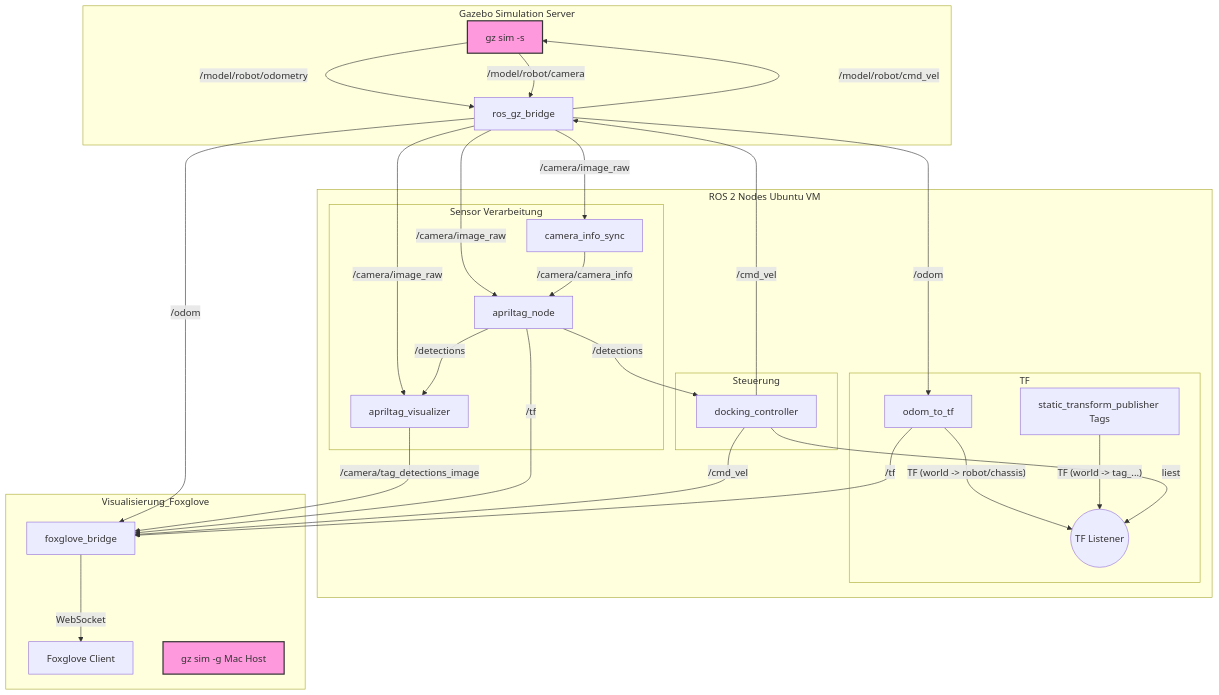
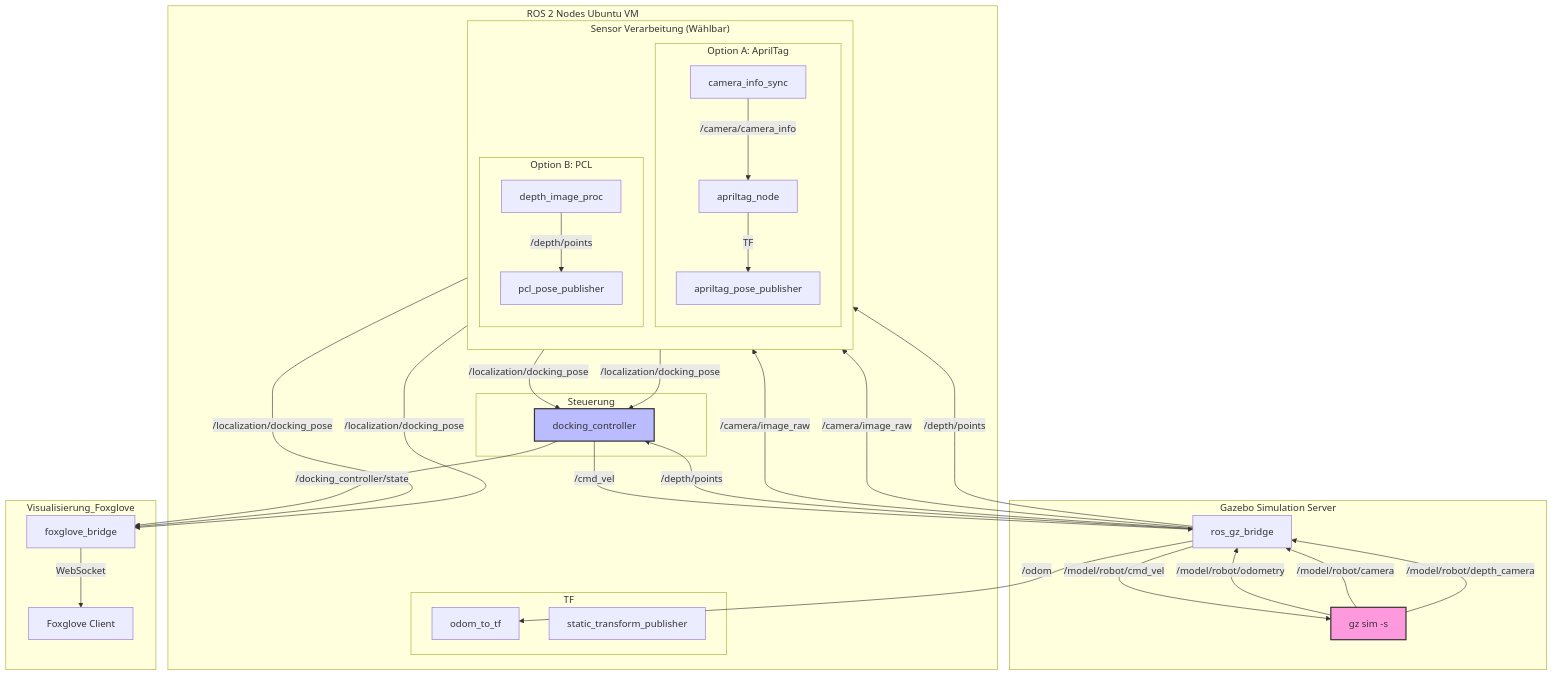
One commit to dafiiit/MIRMI_simulation changed the diagram in documentation/README.md. Above: the diagram before and after it, drawn with Mermaid. The commit also changed other lines of this file and 3 other files, not shown here.

````diff
--- a/documentation/README.md
+++ b/documentation/README.md
@@ -13,61 +17,67 @@
 ```mermaid
 graph TD
     subgraph Gazebo Simulation Server
         gz_sim[gz sim -s]
         gz_sim -- /model/robot/odometry --> gz_bridge
         gz_sim -- /model/robot/camera --> gz_bridge
+        gz_sim -- /model/robot/depth_camera --> gz_bridge
         gz_bridge -- /model/robot/cmd_vel --> gz_sim
     end
 
     subgraph ROS 2 Nodes Ubuntu VM
         gz_bridge[ros_gz_bridge]
         
         subgraph TF
             odom_tf[odom_to_tf]
-            static_tfs[static_transform_publisher Tags]
-            tf_listener((TF Listener))
+            static_tfs[static_transform_publisher]
         end
 
-        subgraph Sensor Verarbeitung
-            cam_sync[camera_info_sync]
-            apriltag[apriltag_node]
-            visualizer[apriltag_visualizer]
+        subgraph "Sensor Verarbeitung (Wählbar)"
+            direction TB
+            
+            subgraph "Option A: AprilTag"
+                cam_sync[camera_info_sync]
+                apriltag[apriltag_node]
+                at_adapter[apriltag_pose_publisher]
+            end
+            
+            subgraph "Option B: PCL"
+                depth_proc[depth_image_proc]
+                pcl_adapter[pcl_pose_publisher]
+            end
         end
 
         subgraph Steuerung
             controller[docking_controller]
         end
 
         gz_bridge -- /odom --> odom_tf
         gz_bridge -- /camera/image_raw --> cam_sync
         gz_bridge -- /camera/image_raw --> apriltag
-        gz_bridge -- /camera/image_raw --> visualizer
-
+        gz_bridge -- /depth/points --> depth_proc
+        gz_bridge -- /depth/points --> controller
+        
         cam_sync -- /camera/camera_info --> apriltag
         
-        apriltag -- /detections --> controller
-        apriltag -- /detections --> visualizer
+        apriltag -- TF --> at_adapter
+        depth_proc -- /depth/points --> pcl_adapter
+        
+        at_adapter -- /localization/docking_pose --> controller
+        pcl_adapter -- /localization/docking_pose --> controller
 
         controller -- /cmd_vel --> gz_bridge
-        
-        odom_tf -- TF (world -> robot/chassis) --> tf_listener
-        static_tfs -- TF (world -> tag_...) --> tf_listener
-        controller -- liest --> tf_listener
     end
 
     subgraph Visualisierung_Foxglove
         foxglove[Foxglove Client]
         fox_bridge[foxglove_bridge]
-        gz_client[gz sim -g Mac Host]
-
-        visualizer -- /camera/tag_detections_image --> fox_bridge
-        apriltag -- /tf --> fox_bridge
-        odom_tf -- /tf --> fox_bridge
-        controller -- /cmd_vel --> fox_bridge
-        gz_bridge -- /odom --> fox_bridge
+        
+        controller -- /docking_controller/state --> fox_bridge
+        at_adapter -- /localization/docking_pose --> fox_bridge
+        pcl_adapter -- /localization/docking_pose --> fox_bridge
         fox_bridge -- WebSocket --> foxglove
     end
 
     style gz_sim fill:#f9d,stroke:#333,stroke-width:2px
-    style gz_client fill:#f9d,stroke:#333,stroke-width:2px
+    style controller fill:#bbf,stroke:#333,stroke-width:2px
 ```
````
